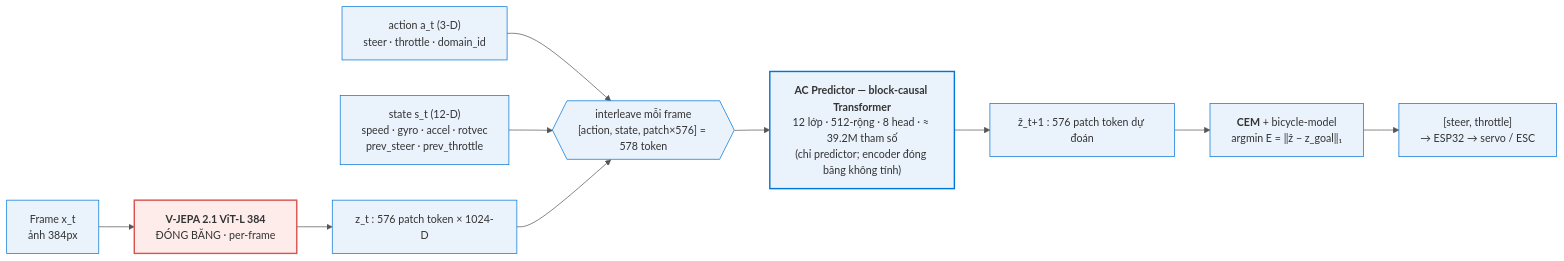
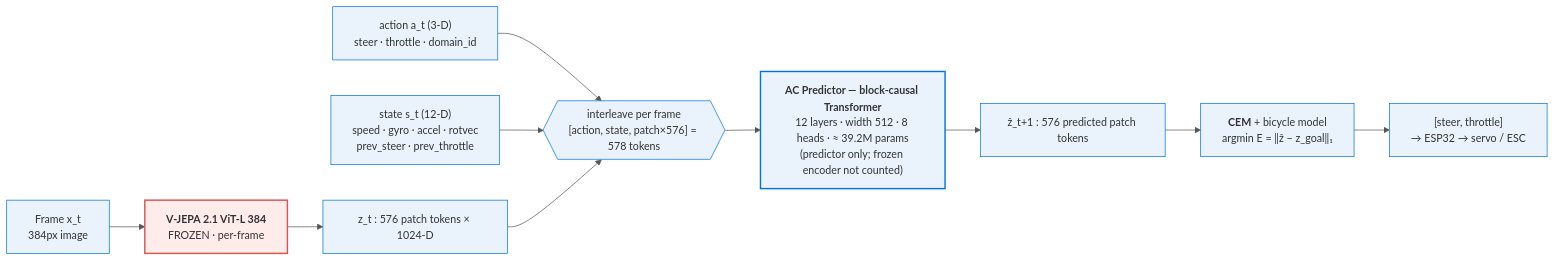
The third of 4 diagrams in docs/report/2_REPORT_FULL.md (Anakonkai01/JEPA), drawn with Mermaid before and after one commit. The commit also changed other lines of this file, not shown here.

````diff
--- a/docs/report/2_REPORT_FULL.md
+++ b/docs/report/2_REPORT_FULL.md
@@ -394,17 +1093,17 @@
 ```mermaid
 %%{init: {'theme':'base','themeVariables':{'fontSize':'15px','primaryColor':'#eaf2fb','primaryBorderColor':'#0275d8','lineColor':'#555'}}}%%
 flowchart LR
-  IMG["Frame x_t<br/>ảnh 384px"] --> ENC["<b>V-JEPA 2.1 ViT-L 384</b><br/>ĐÓNG BĂNG · per-frame"]
-  ENC --> TOK["z_t : 576 patch token × 1024-D"]
+  IMG["Frame x_t<br/>384px image"] --> ENC["<b>V-JEPA 2.1 ViT-L 384</b><br/>FROZEN · per-frame"]
+  ENC --> TOK["z_t : 576 patch tokens × 1024-D"]
   ACT["action a_t (3-D)<br/>steer · throttle · domain_id"] --> GRP
   ST["state s_t (12-D)<br/>speed · gyro · accel · rotvec<br/>prev_steer · prev_throttle"] --> GRP
-  TOK --> GRP{{"interleave mỗi frame<br/>[action, state, patch×576] = 578 token"}}
-  GRP --> PRED["<b>AC Predictor — block-causal Transformer</b><br/>12 lớp · 512-rộng · 8 head · ≈ 39.2M tham số<br/>(chỉ predictor; encoder đóng băng không tính)"]
-  PRED --> ZH["ẑ_t+1 : 576 patch token dự đoán"]
-  ZH --> CEM["<b>CEM</b> + bicycle-model<br/>argmin E = ‖ẑ − z_goal‖₁"]
+  TOK --> GRP{{"interleave per frame<br/>[action, state, patch×576] = 578 tokens"}}
+  GRP --> PRED["<b>AC Predictor — block-causal Transformer</b><br/>12 layers · width 512 · 8 heads · ≈ 39.2M params<br/>(predictor only; frozen encoder not counted)"]
+  PRED --> ZH["ẑ_t+1 : 576 predicted patch tokens"]
+  ZH --> CEM["<b>CEM</b> + bicycle model<br/>argmin E = ‖ẑ − z_goal‖₁"]
   CEM --> OUT["[steer, throttle]<br/>→ ESP32 → servo / ESC"]
   classDef frozen fill:#fdecea,stroke:#d9534f,stroke-width:2px;
   classDef train fill:#eaf2fb,stroke:#0275d8,stroke-width:2px;
   class ENC frozen;
   class PRED train;
 ```
````
